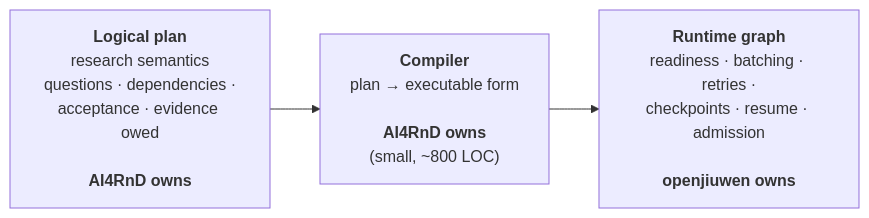
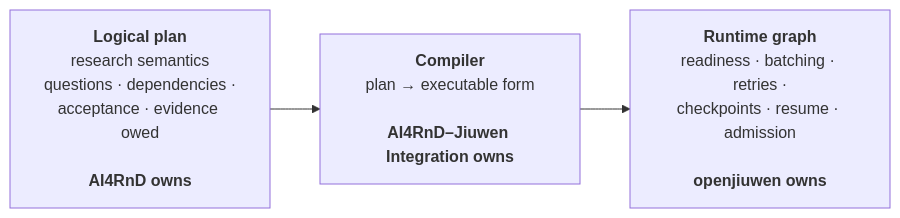
One commit to suraj-subrahmanyan/jiuwenswarm changed the first of 2 diagrams in docs/analysis/ai4rnd-jiuwenswarm/17-taskgraph-verdict.md. Above: the diagram before and after it, drawn with Mermaid. The commit also changed other lines of this file and 48 other files, not shown here.

````diff
--- a/docs/analysis/ai4rnd-jiuwenswarm/17-taskgraph-verdict.md
+++ b/docs/analysis/ai4rnd-jiuwenswarm/17-taskgraph-verdict.md
@@ -19,7 +28,7 @@
 ```mermaid
 flowchart LR
     LP["<b>Logical plan</b><br/>research semantics<br/>questions · dependencies ·<br/>acceptance · evidence owed<br/><br/><b>AI4RnD owns</b>"]
-    CMP["<b>Compiler</b><br/>plan → executable form<br/><br/><b>AI4RnD owns</b><br/>(small, ~800 LOC)"]
+    CMP["<b>Compiler</b><br/>plan → executable form<br/><br/><b>AI4RnD–Jiuwen Integration owns</b>"]
     RT["<b>Runtime graph</b><br/>readiness · batching · retries ·<br/>checkpoints · resume · admission<br/><br/><b>openjiuwen owns</b>"]
     LP --> CMP --> RT
 ```
````
